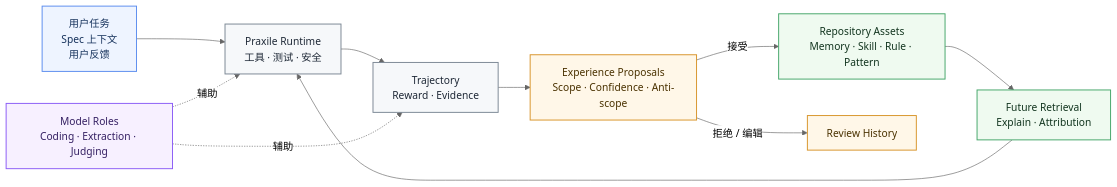
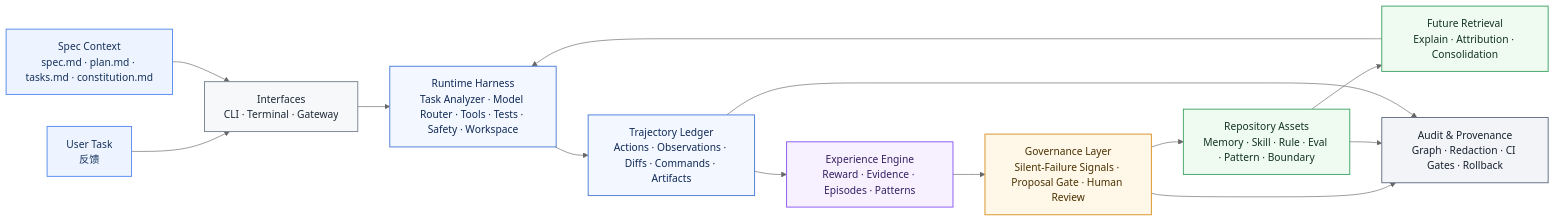
Before and after one commit to Praxile-Alpha/Praxile: the first of 3 diagrams in README.zh-CN.md, drawn with Mermaid (neutral theme). The commit also changed other lines of this file and 2 other files, not shown here.

Commit message:
docs: update READMEs and add ARCHITECTURE_DIAGRAMS.md

````diff
--- a/README.zh-CN.md
+++ b/README.zh-CN.md
@@ -154,19 +85,28 @@
 ```mermaid
 flowchart LR
-    classDef user fill:#EEF4FF,stroke:#5B8DEF,color:#16325C,stroke-width:1.5px;
-    classDef runtime fill:#F6F8FA,stroke:#7B8794,color:#1F2937,stroke-width:1.5px;
-    classDef exp fill:#EFFAF0,stroke:#45A66A,color:#12351F,stroke-width:1.5px;
-    classDef review fill:#FFF7E8,stroke:#D8942A,color:#4A3200,stroke-width:1.5px;
-    classDef model fill:#F7F0FF,stroke:#8B5CF6,color:#352063,stroke-width:1.5px;
+    classDef input fill:#EEF4FF,stroke:#5B8DEF,color:#16325C,stroke-width:1.5px;
+    classDef interface fill:#F6F8FA,stroke:#7B8794,color:#1F2937,stroke-width:1.5px;
+    classDef runtime fill:#F3F7FF,stroke:#4F7FD9,color:#102A56,stroke-width:1.5px;
+    classDef engine fill:#F7F0FF,stroke:#8B5CF6,color:#352063,stroke-width:1.5px;
+    classDef gov fill:#FFF7E8,stroke:#D8942A,color:#4A3200,stroke-width:1.5px;
+    classDef asset fill:#EFFAF0,stroke:#45A66A,color:#12351F,stroke-width:1.5px;
+    classDef audit fill:#F2F4F7,stroke:#667085,color:#182230,stroke-width:1.5px;
 
-    U["用户任务<br/>Spec 上下文<br/>用户反馈"]:::user --> R["Praxile Runtime<br/>工具 · 测试 · 安全"]:::runtime
-    R --> T["Trajectory<br/>Reward · Evidence"]:::runtime
-    T --> P["Experience Proposals<br/>Scope · Confidence · Anti-scope"]:::review
-    P -->|接受| A["Repository Assets<br/>Memory · Skill · Rule · Pattern"]:::exp
-    P -->|拒绝 / 编辑| X["Review History"]:::review
-    A --> Q["Future Retrieval<br/>Explain · Attribution"]:::exp
+    U["User Task<br/>反馈"]:::input
+    S["Spec Context<br/>spec.md · plan.md · tasks.md · constitution.md"]:::input
+
+    U --> I["Interfaces<br/>CLI · Terminal · Gateway"]:::interface
+    S --> I
+
+    I --> R["Runtime Harness<br/>Task Analyzer · Model Router · Tools · Tests · Safety · Workspace"]:::runtime
+    R --> T["Trajectory Ledger<br/>Actions · Observations · Diffs · Commands · Artifacts"]:::runtime
+    T --> E["Experience Engine<br/>Reward · Evidence · Episodes · Patterns"]:::engine
+    E --> G["Governance Layer<br/>Silent-Failure Signals · Proposal Gate · Human Review"]:::gov
+    G --> A["Repository Assets<br/>Memory · Skill · Rule · Eval · Pattern · Boundary"]:::asset
+    A --> Q["Future Retrieval<br/>Explain · Attribution · Consolidation"]:::asset
     Q --> R
 
-    M["Model Roles<br/>Coding · Extraction · Judging"]:::model -. 辅助 .-> R
-    M -. 辅助 .-> T
+    G --> O["Audit & Provenance<br/>Graph · Redaction · CI Gates · Rollback"]:::audit
+    A --> O
+    T --> O
 ```
````
